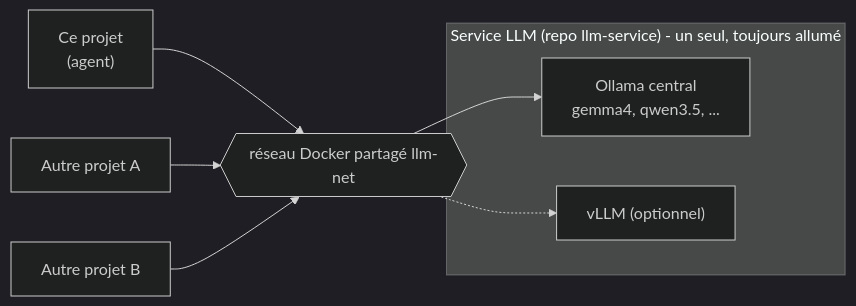
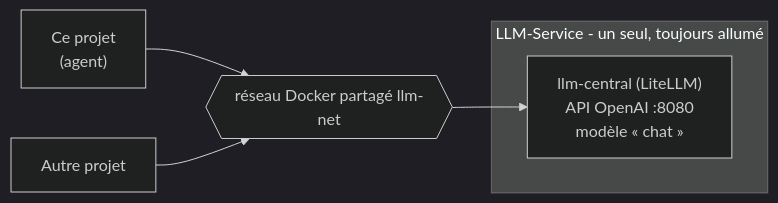
One commit to floSa/MCP-Agent-Test-Bench changed the diagram in docs/03-brancher-un-llm.md. Above: the diagram before and after it, drawn with Mermaid (dark theme). The commit also changed other lines of this file and 2 other files, not shown here.

Commit message:
Documentation : LLM central LLM-Service (adresse, modèle chat, clé, port agent 8090)

````diff
--- a/docs/03-brancher-un-llm.md
+++ b/docs/03-brancher-un-llm.md
@@ -10,17 +9,12 @@
 ```mermaid
 flowchart LR
-    subgraph llmsvc["Service LLM (repo llm-service) - un seul, toujours allumé"]
-        ollama["Ollama central<br/>gemma4, qwen3.5, ..."]
-        vllm["vLLM (optionnel)"]
+    subgraph llmsvc["LLM-Service - un seul, toujours allumé"]
+        central["llm-central (LiteLLM)<br/>API OpenAI :8080<br/>modèle « chat »"]
     end
     net{{"réseau Docker partagé llm-net"}}
     p1["Ce projet<br/>(agent)"]
-    p2["Autre projet A"]
-    p3["Autre projet B"]
-
+    p2["Autre projet"]
     p1 --> net
     p2 --> net
-    p3 --> net
-    net --> ollama
-    net -.-> vllm
+    net --> central
 ```
````
